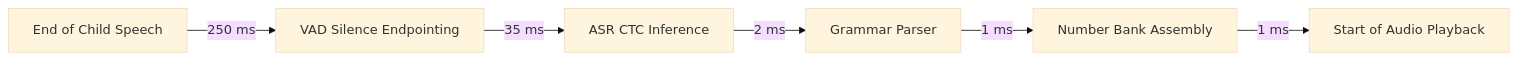
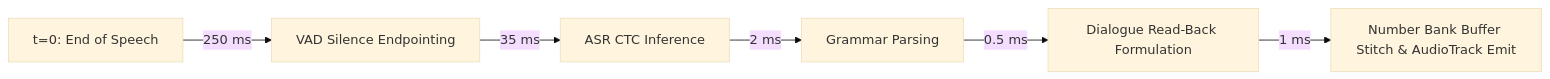
Before and after one commit to MALIBALAJI95/ganit-mitra: the diagram in BENCHMARK_RESULTS.md, drawn with Mermaid (base theme). The commit also changed other lines of this file and 4 other files, not shown here.

````diff
--- a/BENCHMARK_RESULTS.md
+++ b/BENCHMARK_RESULTS.md
@@ -65,8 +47,8 @@
 ```mermaid
 flowchart LR
-    A["End of Child Speech"] -->|250 ms| B["VAD Silence Endpointing"]
+    A["t=0: End of Speech"] -->|250 ms| B["VAD Silence Endpointing"]
     B -->|35 ms| C["ASR CTC Inference"]
-    C -->|2 ms| D["Grammar Parser"]
-    D -->|1 ms| E["Number Bank Assembly"]
-    E -->|1 ms| F["Start of Audio Playback"]
+    C -->|2 ms| D["Grammar Parsing"]
+    D -->|0.5 ms| E["Dialogue Read-Back Formulation"]
+    E -->|1 ms| F["Number Bank Buffer Stitch & AudioTrack Emit"]
 ```
````
